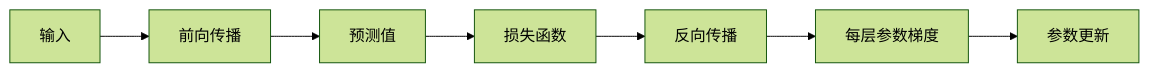
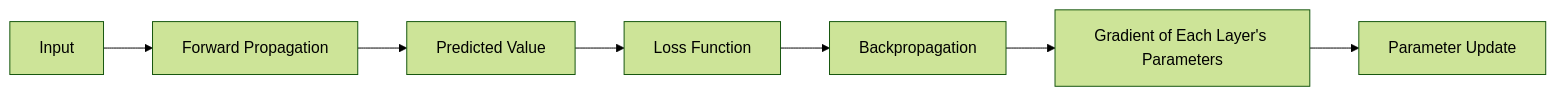
Before and after one commit to oudbiao/AI-fullstack-course: the first of 4 diagrams in docs/ch06-deep-learning/ch01-nn-basics/02-forward-backward.md, drawn with Mermaid (forest theme). The commit also changed other lines of this file and 1406 other files, not shown here.

````diff
--- a/docs/ch06-deep-learning/ch01-nn-basics/02-forward-backward.md
+++ b/docs/ch06-deep-learning/ch01-nn-basics/02-forward-backward.md
@@ -29,9 +29,9 @@
 ```mermaid
 flowchart LR
-    A["输入"] --> B["前向传播"]
-    B --> C["预测值"]
-    C --> D["损失函数"]
-    D --> E["反向传播"]
-    E --> F["每层参数梯度"]
-    F --> G["参数更新"]
+    A["Input"] --> B["Forward Propagation"]
+    B --> C["Predicted Value"]
+    C --> D["Loss Function"]
+    D --> E["Backpropagation"]
+    E --> F["Gradient of Each Layer's Parameters"]
+    F --> G["Parameter Update"]
 ```
````
